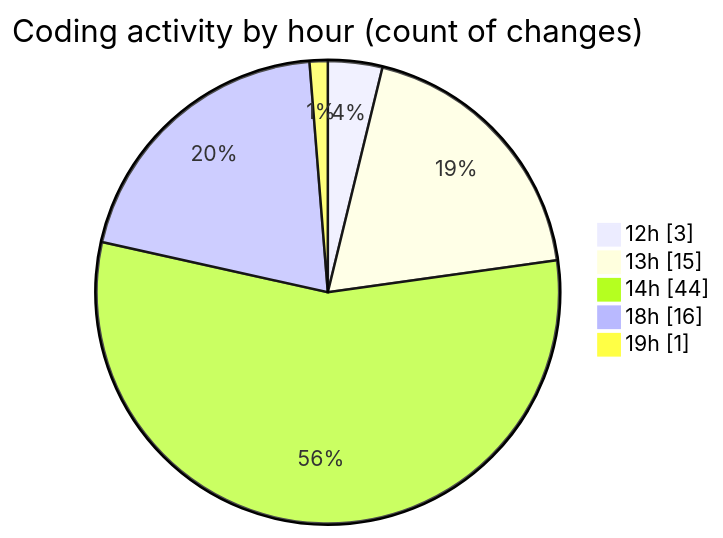
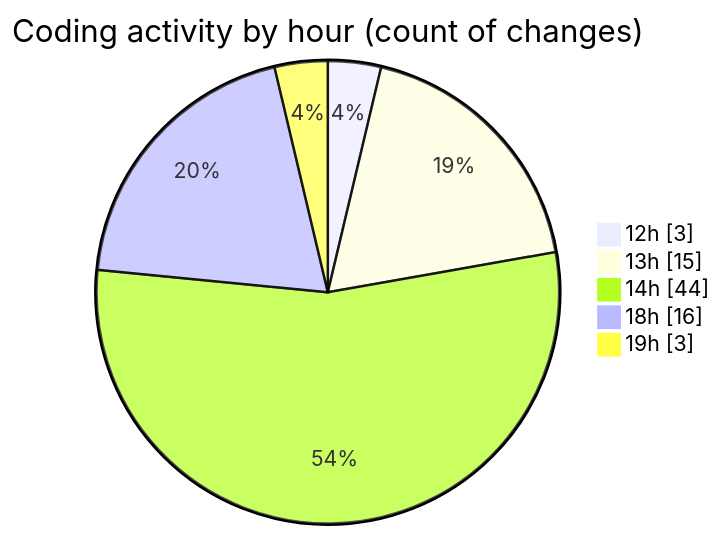
One commit to momahboobian/code-tracking changed the second of 2 diagrams in 2026-02-26/car_database/README.md. Above: the diagram before and after it, drawn with Mermaid. The commit also changed other lines of this file and 1 other file, not shown here.

````diff
--- a/2026-02-26/car_database/README.md
+++ b/2026-02-26/car_database/README.md
@@ -57,9 +57,9 @@
 ```mermaid
 pie showData
 title Coding activity by hour (count of changes)
 "12h" : 3
 "13h" : 15
 "14h" : 44
 "18h" : 16
-"19h" : 1
+"19h" : 3
 ```
````
